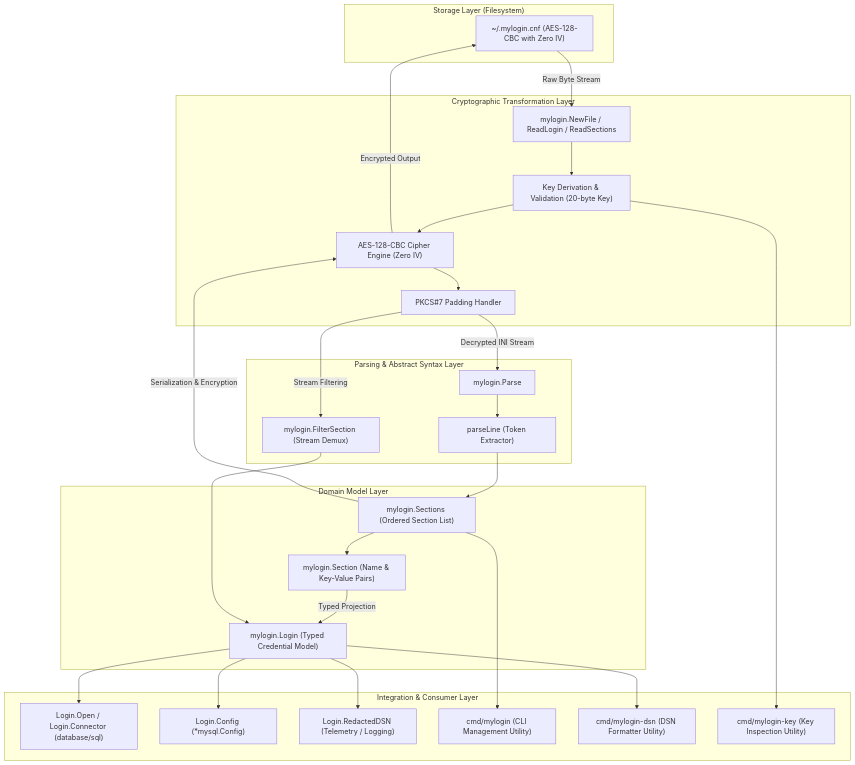
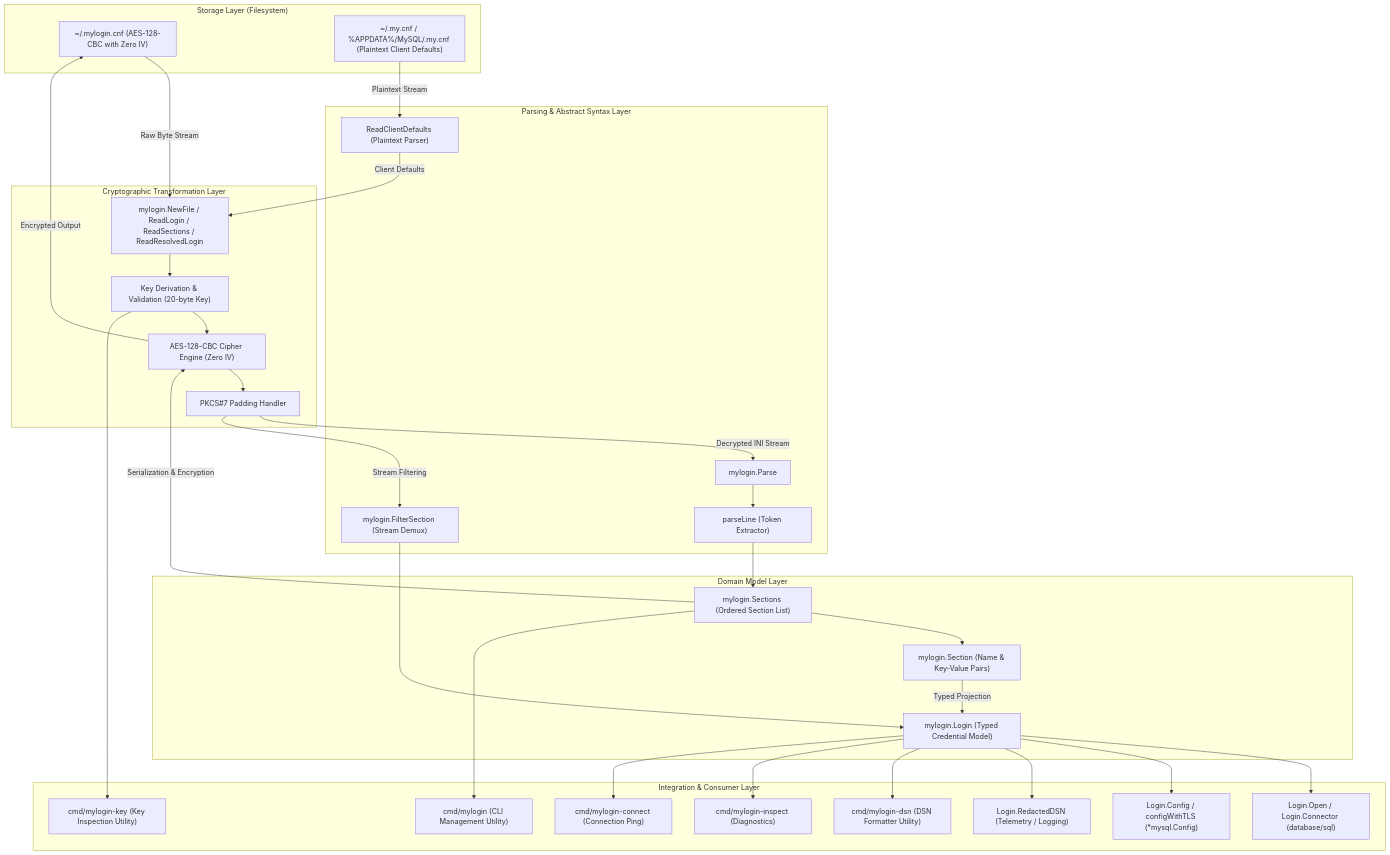
One commit to edsilegxrepo/mylogin changed the first of 4 diagrams in ARCHITECTURE.md. Above: the diagram before and after it, drawn with Mermaid. The commit also changed other lines of this file and 28 other files, not shown here.

````diff
--- a/ARCHITECTURE.md
+++ b/ARCHITECTURE.md
@@ -13,54 +13,62 @@
 ```mermaid
 graph TD
     subgraph StorageLayer["Storage Layer (Filesystem)"]
         F1["~/.mylogin.cnf (AES-128-CBC with Zero IV)"]
+        F2["~/.my.cnf / %APPDATA%/MySQL/.my.cnf (Plaintext Client Defaults)"]
     end
 
     subgraph CoreCrypto["Cryptographic Transformation Layer"]
-        C1["mylogin.NewFile / ReadLogin / ReadSections"]
+        C1["mylogin.NewFile / ReadLogin / ReadSections / ReadResolvedLogin"]
         C2["Key Derivation & Validation (20-byte Key)"]
         C3["AES-128-CBC Cipher Engine (Zero IV)"]
         C4["PKCS#7 Padding Handler"]
     end
 
     subgraph ParseLayer["Parsing & Abstract Syntax Layer"]
         P1["mylogin.Parse"]
         P2["mylogin.FilterSection (Stream Demux)"]
         P3["parseLine (Token Extractor)"]
+        P4["ReadClientDefaults (Plaintext Parser)"]
     end
 
     subgraph ModelLayer["Domain Model Layer"]
         M1["mylogin.Sections (Ordered Section List)"]
         M2["mylogin.Section (Name & Key-Value Pairs)"]
         M3["mylogin.Login (Typed Credential Model)"]
     end
 
     subgraph IntegrationLayer["Integration & Consumer Layer"]
         I1["Login.Open / Login.Connector (database/sql)"]
-        I2["Login.Config (*mysql.Config)"]
+        I2["Login.Config / configWithTLS (*mysql.Config)"]
         I3["Login.RedactedDSN (Telemetry / Logging)"]
         I4["cmd/mylogin (CLI Management Utility)"]
         I5["cmd/mylogin-dsn (DSN Formatter Utility)"]
         I6["cmd/mylogin-key (Key Inspection Utility)"]
+        I7["cmd/mylogin-inspect (Diagnostics)"]
+        I8["cmd/mylogin-connect (Connection Ping)"]
     end
 
     F1 -->|Raw Byte Stream| C1
+    F2 -->|Plaintext Stream| P4
+    P4 -->|Client Defaults| C1
     C1 --> C2
     C2 --> C3
     C3 --> C4
     C4 -->|Decrypted INI Stream| P1
     P1 --> P3
     P3 --> M1
     M1 --> M2
     M2 -->|Typed Projection| M3
     C4 -->|Stream Filtering| P2
     P2 --> M3
     M3 --> I1
     M3 --> I2
     M3 --> I3
     M1 --> I4
     M3 --> I5
     C2 --> I6
+    M3 --> I7
+    M3 --> I8
     M1 -->|Serialization & Encryption| C3
     C3 -->|Encrypted Output| F1
 ```
````
